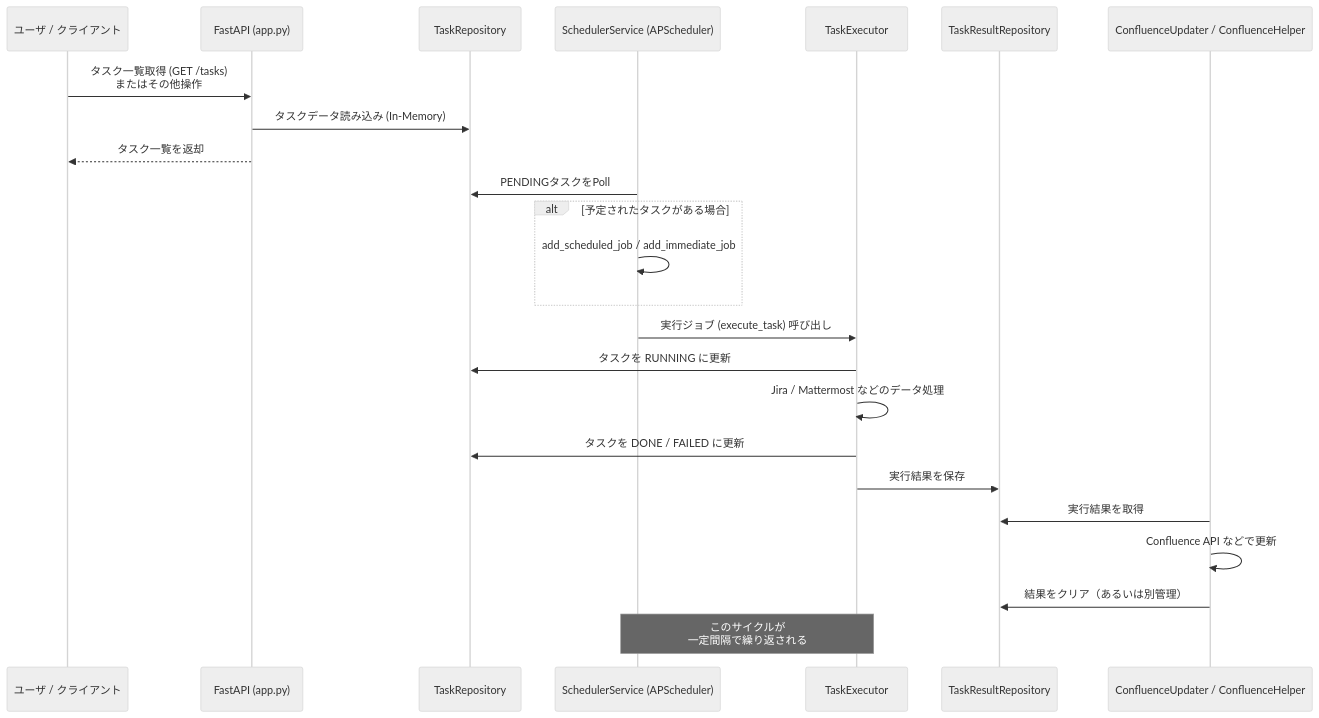
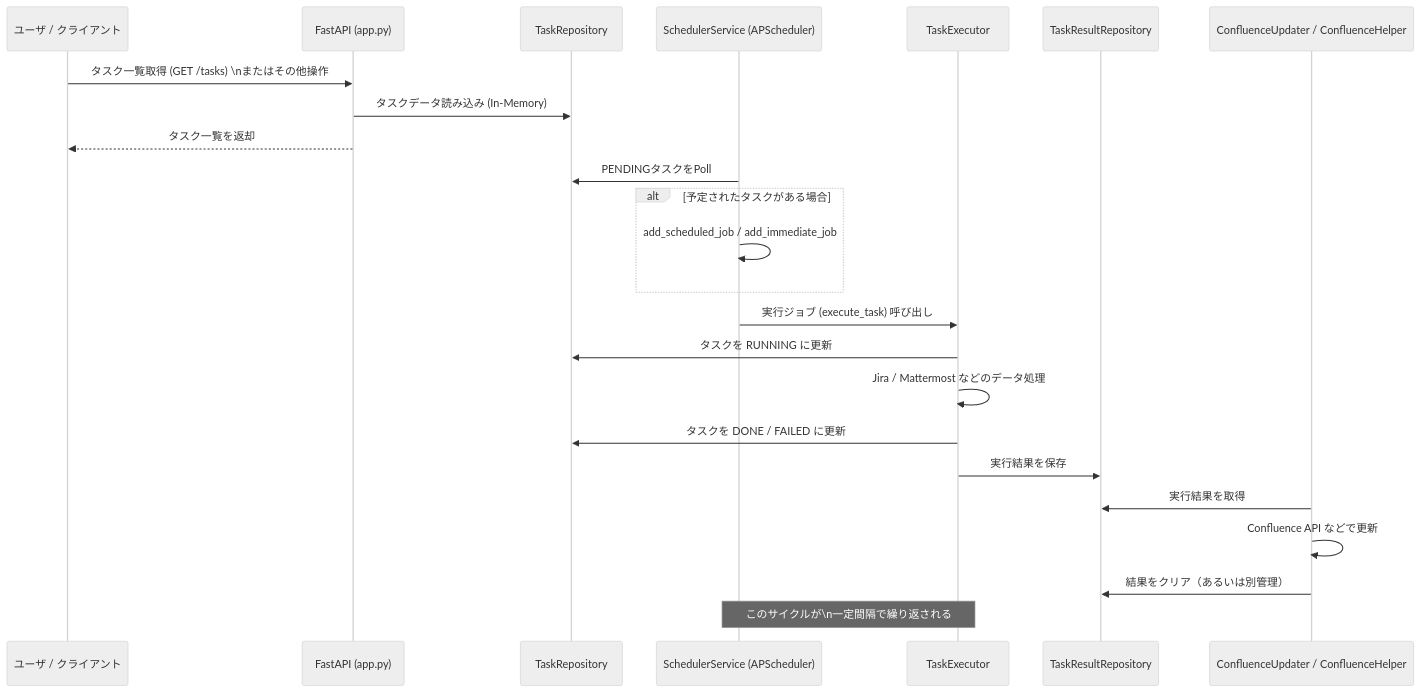
The second of 2 diagrams in README.md (elvinyao/apscheduler-demo), drawn with Mermaid (neutral theme) before and after one commit. The commit also changed other lines of this file, not shown here.

````diff
--- a/README.md
+++ b/README.md
@@ -318,31 +318,31 @@
 ```mermaid
 sequenceDiagram
     participant USER as ユーザ / クライアント
     participant API as FastAPI (app.py)
     participant REP as TaskRepository
     participant SCH as SchedulerService (APScheduler)
     participant EXE as TaskExecutor
     participant RES as TaskResultRepository
     participant CFX as ConfluenceUpdater / ConfluenceHelper
     
-    USER->>API: タスク一覧取得 (GET /tasks) <br>またはその他操作
+    USER->>API: タスク一覧取得 (GET /tasks) \nまたはその他操作
     API->>REP: タスクデータ読み込み (In-Memory)
     API-->>USER: タスク一覧を返却
 
     SCH->>REP: PENDINGタスクをPoll
     alt 予定されたタスクがある場合
         SCH->>SCH: add_scheduled_job / add_immediate_job
     end
 
     SCH->>EXE: 実行ジョブ (execute_task) 呼び出し
     EXE->>REP: タスクを RUNNING に更新
     EXE->>EXE: Jira / Mattermost などのデータ処理
     EXE->>REP: タスクを DONE / FAILED に更新
     EXE->>RES: 実行結果を保存
 
     CFX->>RES: 実行結果を取得
     CFX->>CFX: Confluence API などで更新
     CFX->>RES: 結果をクリア（あるいは別管理）
 
-    note over SCH,EXE: このサイクルが<br>一定間隔で繰り返される
+    note over SCH,EXE: このサイクルが\n一定間隔で繰り返される
 ```
````
